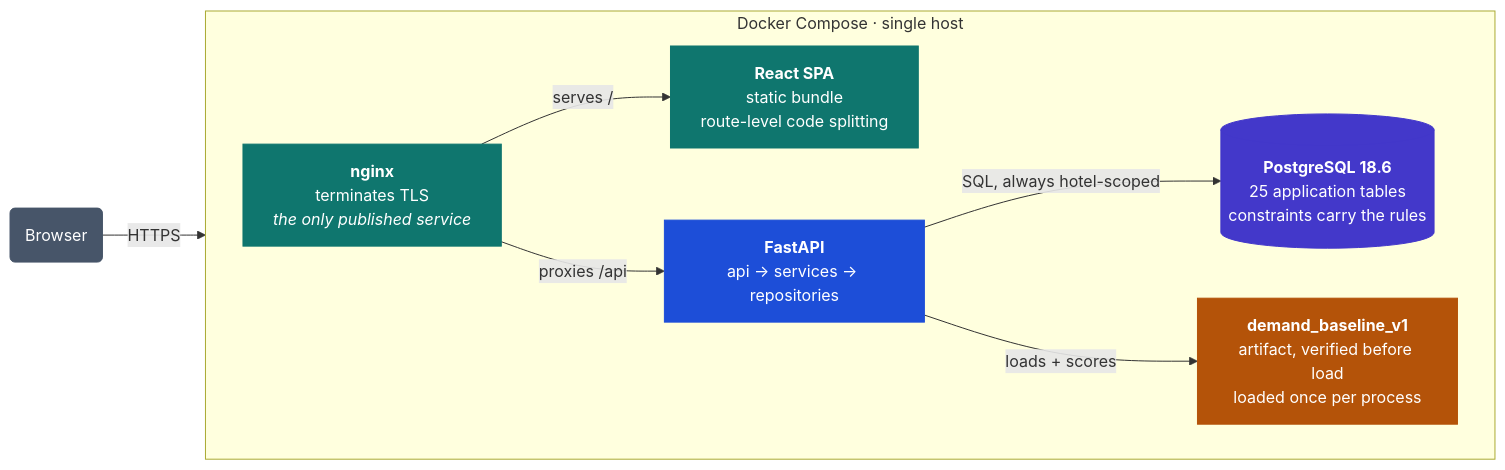
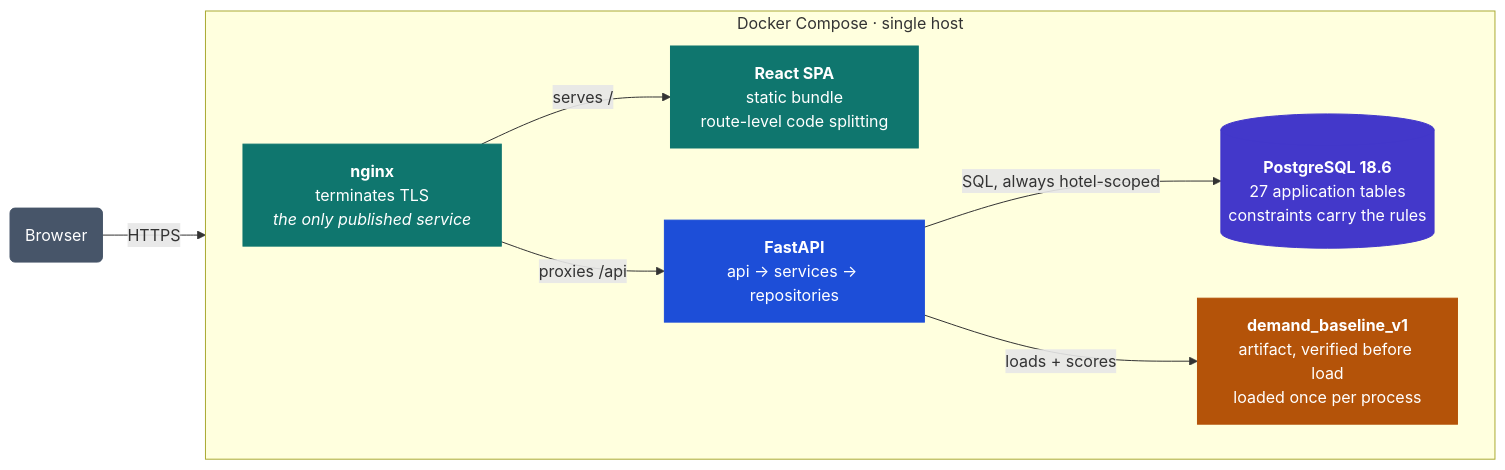
One commit to geortsam/AI_Hotel_Intelligence_Platform changed the first of 3 diagrams in README.md. Above: the diagram before and after it, drawn with Mermaid. The commit also changed other lines of this file and 51 other files, not shown here.

````diff
--- a/README.md
+++ b/README.md
@@ -214,30 +215,30 @@
 ```mermaid
 flowchart LR
     B("Browser")
 
     subgraph host["Docker Compose · single host"]
         direction LR
         N["<b>nginx</b><br/>terminates TLS<br/><i>the only published service</i>"]
         S["<b>React SPA</b><br/>static bundle<br/>route-level code splitting"]
         A["<b>FastAPI</b><br/>api → services → repositories"]
         M["<b>demand_baseline_v1</b><br/>artifact, verified before load<br/>loaded once per process"]
-        D[("<b>PostgreSQL 18.6</b><br/>25 application tables<br/>constraints carry the rules")]
+        D[("<b>PostgreSQL 18.6</b><br/>27 application tables<br/>constraints carry the rules")]
     end
 
     B -- "HTTPS" --> N
     N -- "serves /" --> S
     N -- "proxies /api" --> A
     A -- "SQL, always hotel-scoped" --> D
     A -- "loads + scores" --> M
 
     classDef edge fill:#0f766e,stroke:#0f766e,color:#ffffff
     classDef app fill:#1d4ed8,stroke:#1d4ed8,color:#ffffff
     classDef data fill:#4338ca,stroke:#4338ca,color:#ffffff
     classDef model fill:#b45309,stroke:#b45309,color:#ffffff
     classDef ext fill:#475569,stroke:#475569,color:#ffffff
     class N,S edge
     class A app
     class D data
     class M model
     class B ext
 ```
````
